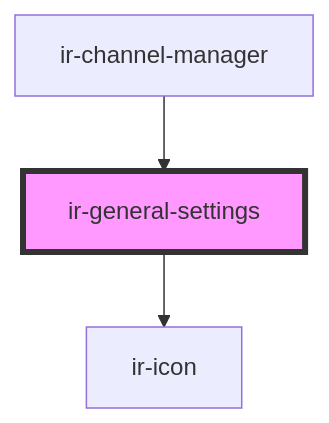
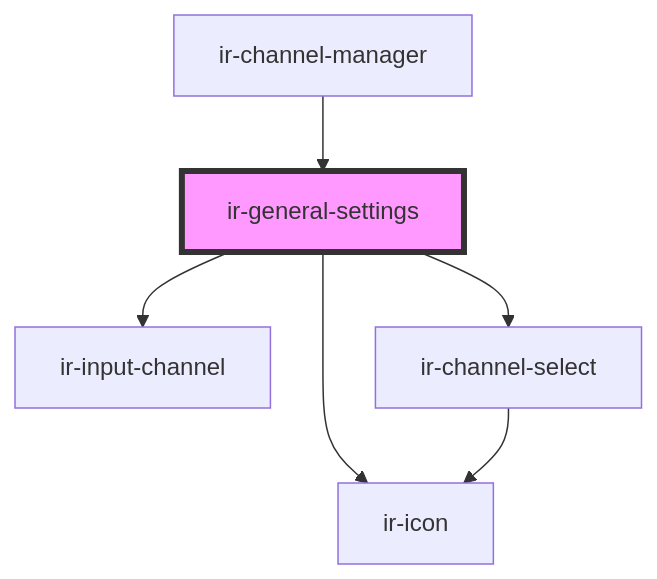
The diagram in src/components/ir-general-settings/readme.md (freddynasr/ir-webcmp), drawn with Mermaid before and after one commit. The commit also changed other lines of this file and 17 other files, not shown here.

````diff
--- a/src/components/ir-general-settings/readme.md
+++ b/src/components/ir-general-settings/readme.md
@@ -26,6 +30,9 @@
 ```mermaid
 graph TD;
+  ir-general-settings --> ir-input-channel
+  ir-general-settings --> ir-channel-select
   ir-general-settings --> ir-icon
+  ir-channel-select --> ir-icon
   ir-channel-manager --> ir-general-settings
   style ir-general-settings fill:#f9f,stroke:#333,stroke-width:4px
 ```
````
